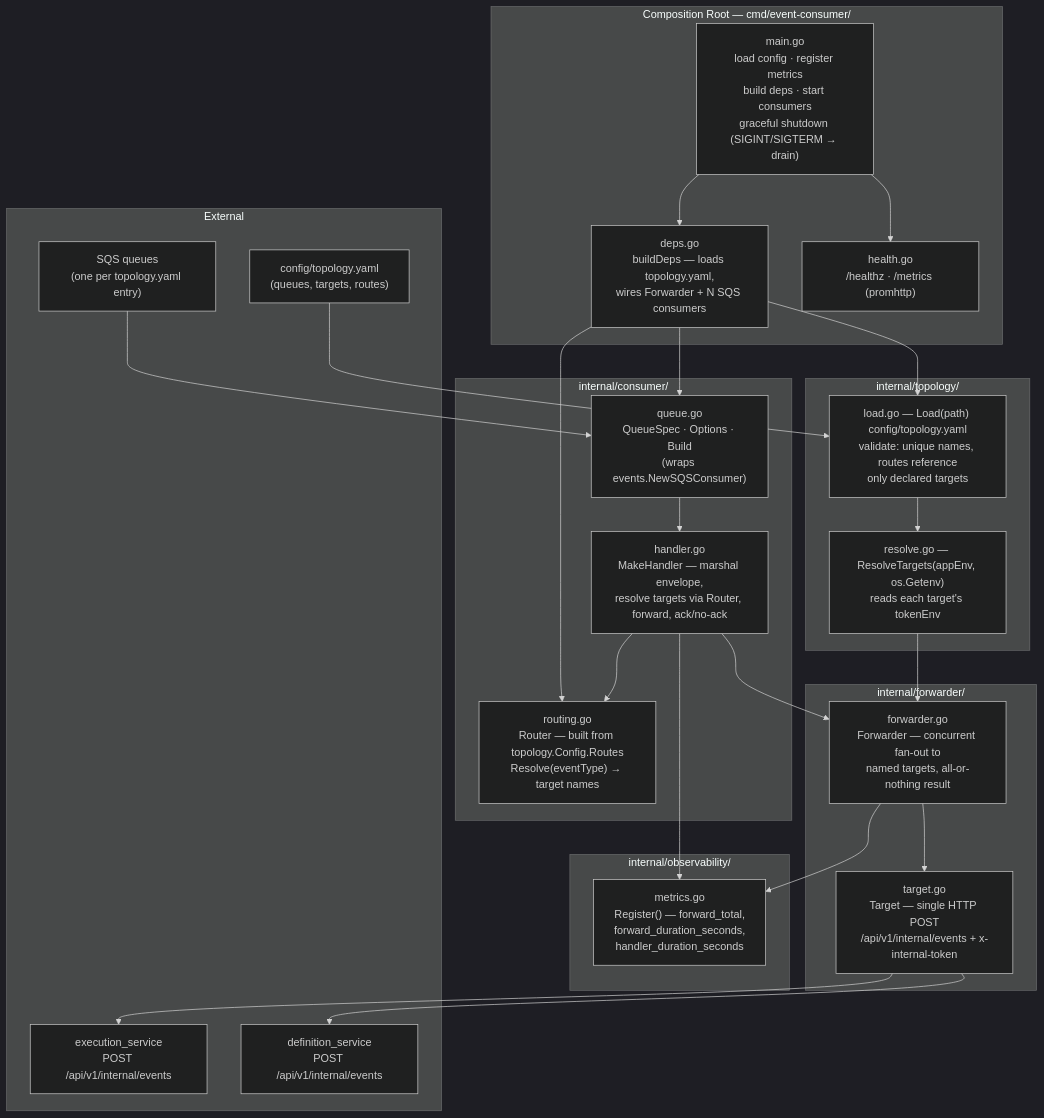
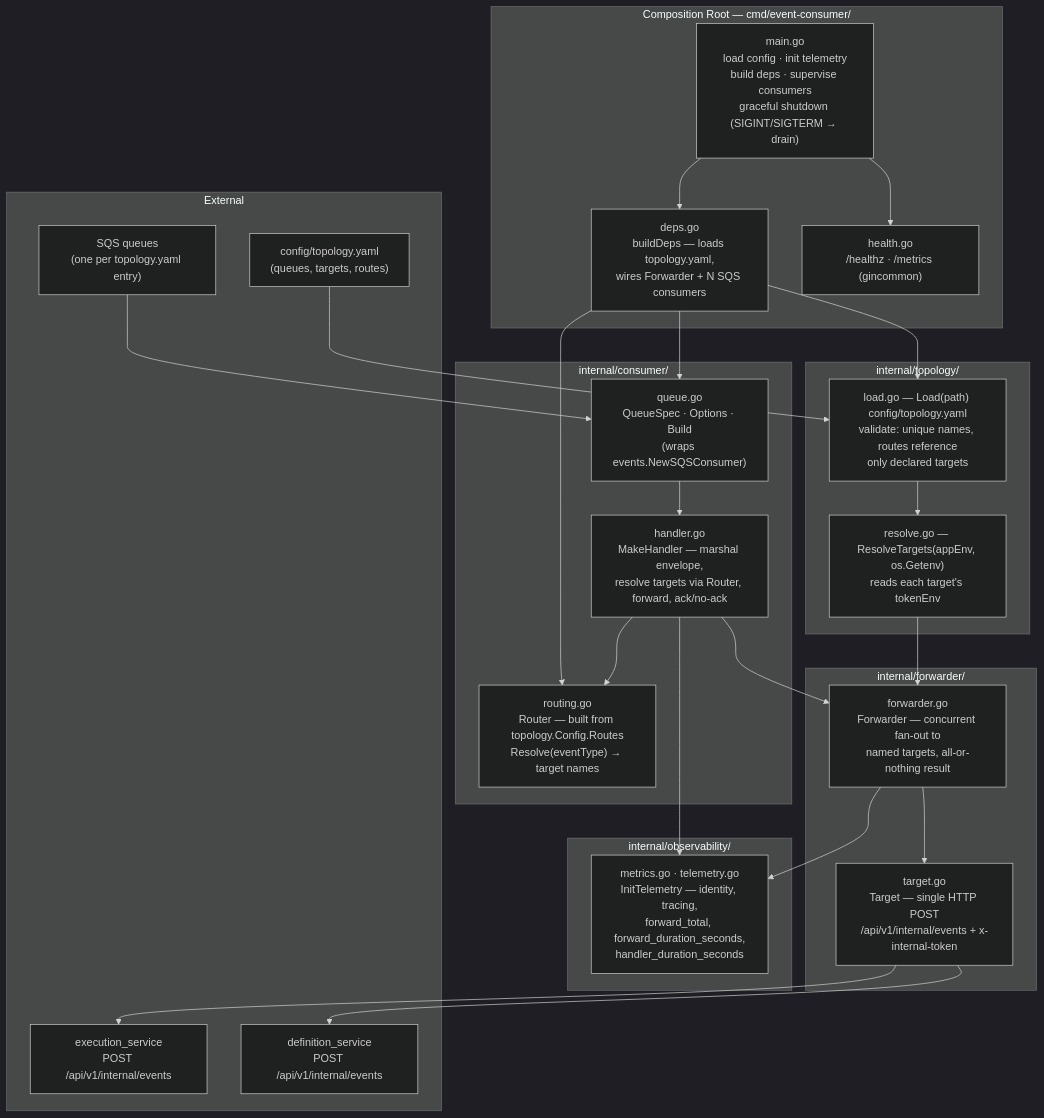
One commit to BCBP-SOLUTIONS-FZC-LLC/workflow-event-consumer changed the first of 3 diagrams in ARCHITECTURE.md. Above: the diagram before and after it, drawn with Mermaid (dark theme). The commit also changed other lines of this file and 53 other files, not shown here.

````diff
--- a/ARCHITECTURE.md
+++ b/ARCHITECTURE.md
@@ -19,53 +19,53 @@
 ```mermaid
 graph TD
     subgraph cmd["Composition Root — cmd/event-consumer/"]
-        main["main.go\nload config · register metrics\nbuild deps · start consumers\ngraceful shutdown (SIGINT/SIGTERM → drain)"]
+        main["main.go\nload config · init telemetry\nbuild deps · supervise consumers\ngraceful shutdown (SIGINT/SIGTERM → drain)"]
         deps["deps.go\nbuildDeps — loads topology.yaml,\nwires Forwarder + N SQS consumers"]
-        health["health.go\n/healthz · /metrics (promhttp)"]
+        health["health.go\n/healthz · /metrics (gincommon)"]
     end
 
     subgraph topology["internal/topology/"]
         topoload["load.go — Load(path) config/topology.yaml\nvalidate: unique names, routes reference\nonly declared targets"]
         resolve["resolve.go — ResolveTargets(appEnv, os.Getenv)\nreads each target's tokenEnv"]
     end
 
     subgraph consumer["internal/consumer/"]
         queue["queue.go\nQueueSpec · Options · Build\n(wraps events.NewSQSConsumer)"]
         handler["handler.go\nMakeHandler — marshal envelope,\nresolve targets via Router, forward, ack/no-ack"]
         routing["routing.go\nRouter — built from topology.Config.Routes\nResolve(eventType) → target names"]
     end
 
     subgraph forwarder["internal/forwarder/"]
         fwd["forwarder.go\nForwarder — concurrent fan-out to\nnamed targets, all-or-nothing result"]
         target["target.go\nTarget — single HTTP POST\n/api/v1/internal/events + x-internal-token"]
     end
 
     subgraph observability["internal/observability/"]
-        metrics["metrics.go\nRegister() — forward_total,\nforward_duration_seconds,\nhandler_duration_seconds"]
+        metrics["metrics.go · telemetry.go\nInitTelemetry — identity, tracing,\nforward_total, forward_duration_seconds,\nhandler_duration_seconds"]
     end
 
     subgraph external["External"]
         yaml["config/topology.yaml\n(queues, targets, routes)"]
         sqs["SQS queues\n(one per topology.yaml entry)"]
         exec["execution_service\nPOST /api/v1/internal/events"]
         def["definition_service\nPOST /api/v1/internal/events"]
     end
 
     yaml --> topoload
     deps --> topoload
     topoload --> resolve
     resolve --> fwd
     sqs --> queue
     main --> deps
     deps --> queue
     deps --> routing
     main --> health
     queue --> handler
     handler --> routing
     handler --> fwd
     fwd --> target
     target --> exec
     target --> def
     handler --> metrics
     fwd --> metrics
 ```
````
